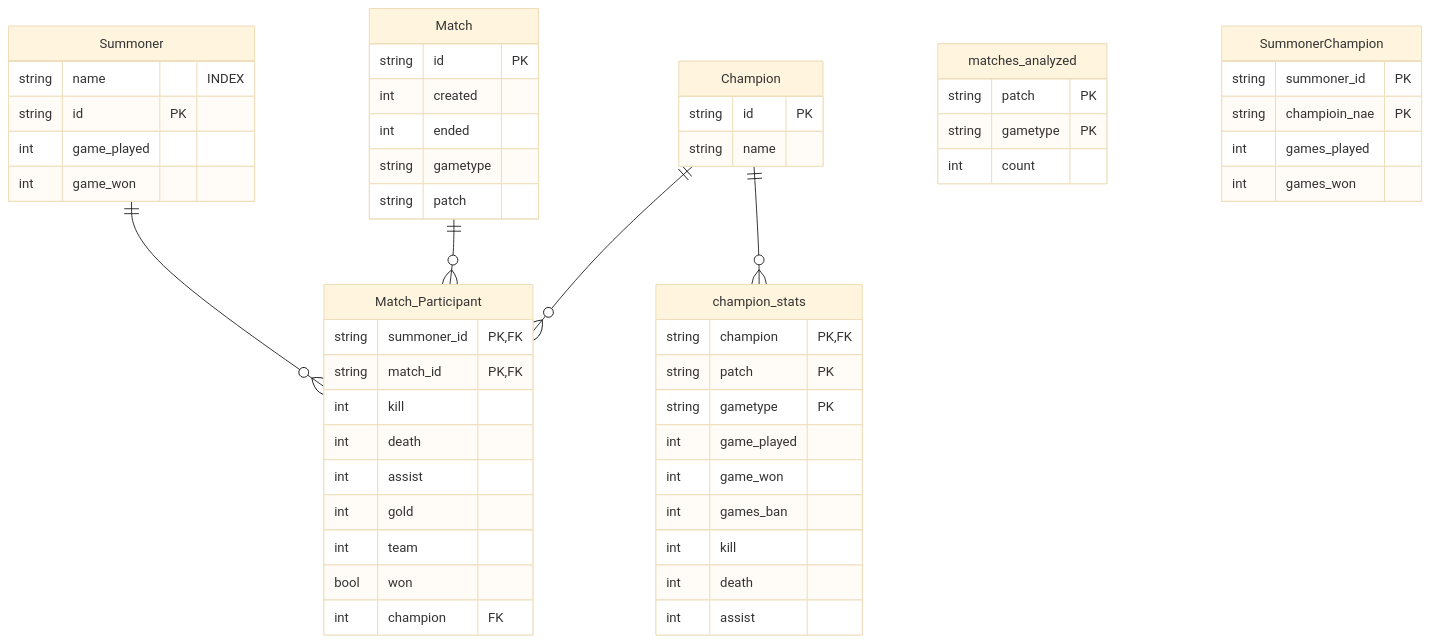
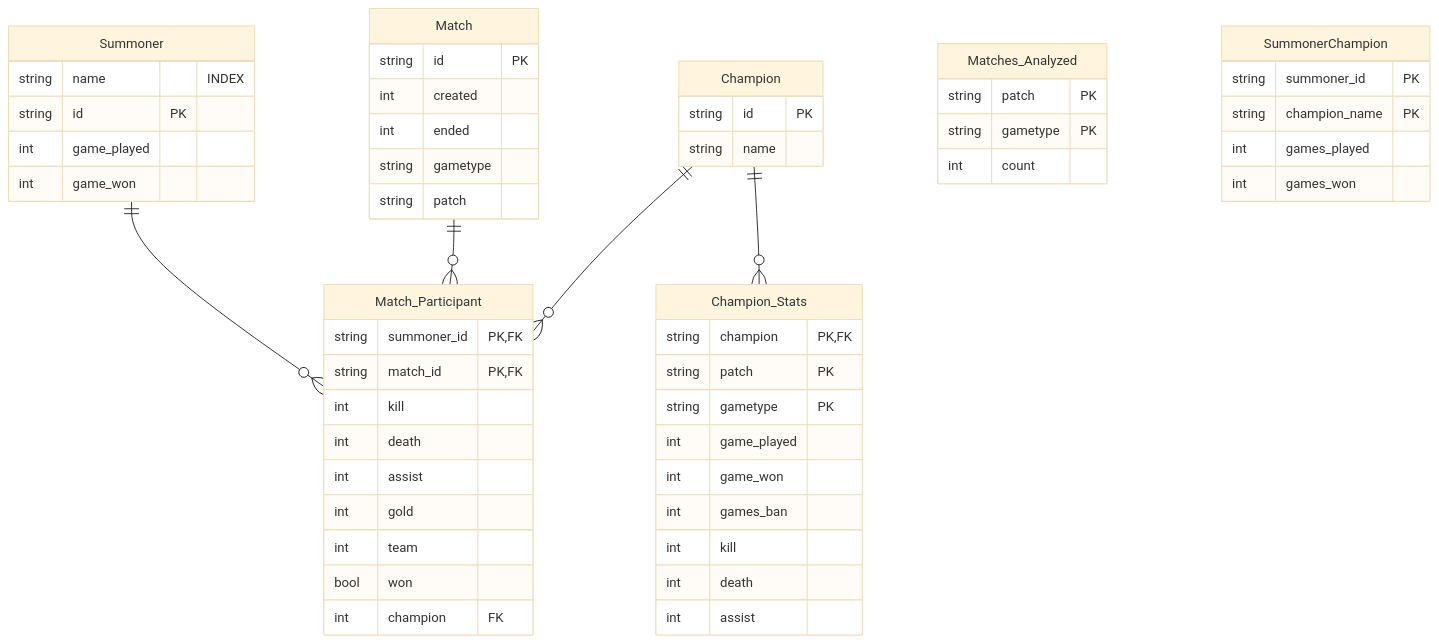
One commit to rutaji/loltracker changed the diagram in specification/diagrams/Database.mmd. Above: the diagram before and after it, drawn with Mermaid (base theme). The commit also changed 13 other files, not shown here.

```diff
--- a/specification/diagrams/Database.mmd
+++ b/specification/diagrams/Database.mmd
@@ -1,56 +1,56 @@
 erDiagram
    Match {
         string id PK
         int created
         int ended
         string gametype
         string patch
     } 
     Match_Participant{
         string summoner_id PK,FK
         string match_id PK, FK
         int kill
         int death
         int assist
         int gold
         int team
         bool won
         int champion FK
     }
     Champion{
         string id PK
         string name 
     }
-    champion_stats{
+    Champion_Stats{
         string champion PK, FK
         string patch PK
         string gametype PK
         int game_played 
         int game_won 
         int games_ban
         int kill
         int death
         int assist
     }
     Summoner{
         string name  "INDEX"
         string id PK
         int game_played
         int game_won
     }
-    matches_analyzed{
+    Matches_Analyzed{
         string patch PK
         string gametype PK
         int count
     }
     SummonerChampion{
         string summoner_id PK
-        string champioin_nae PK
+        string champion_name PK
         int    games_played 
         int    games_won
     }
 
     Summoner ||--o{ Match_Participant : ""
     Match ||--o{ Match_Participant : ""
     Champion ||--o{ Match_Participant : ""
-    Champion ||--o{ champion_stats : ""
+    Champion ||--o{ Champion_Stats : ""
```
